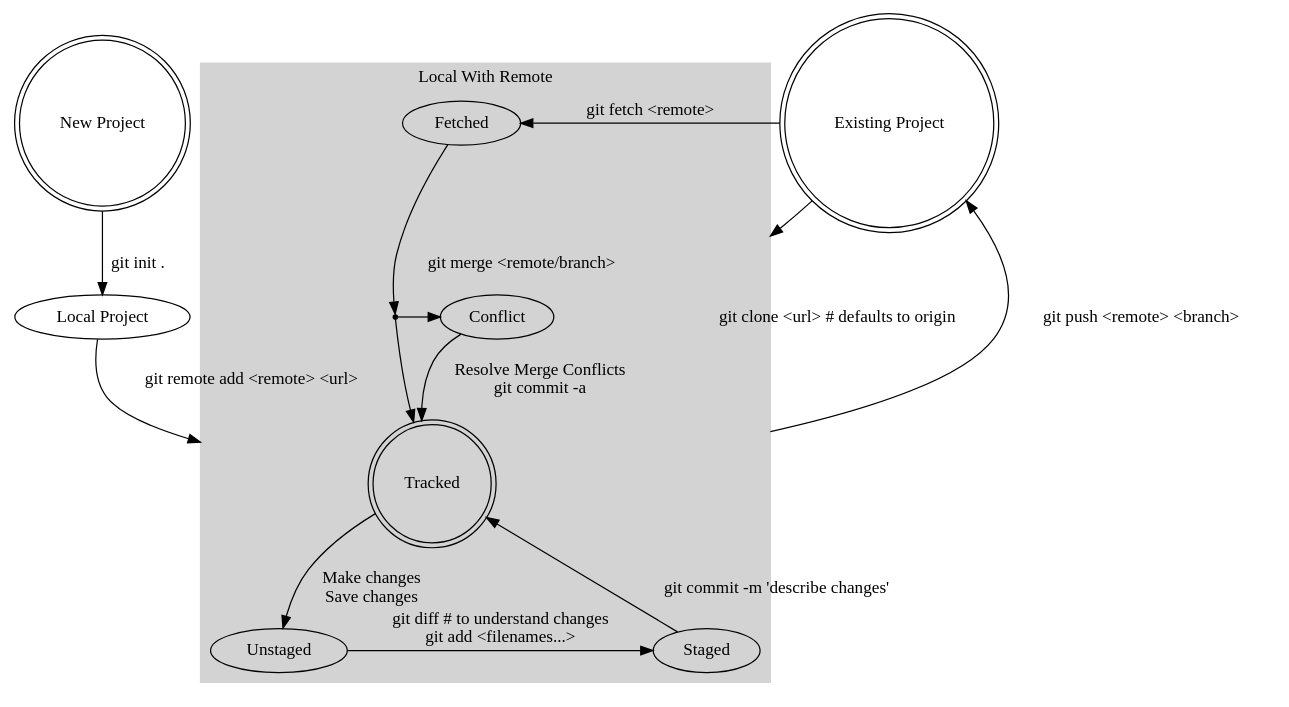
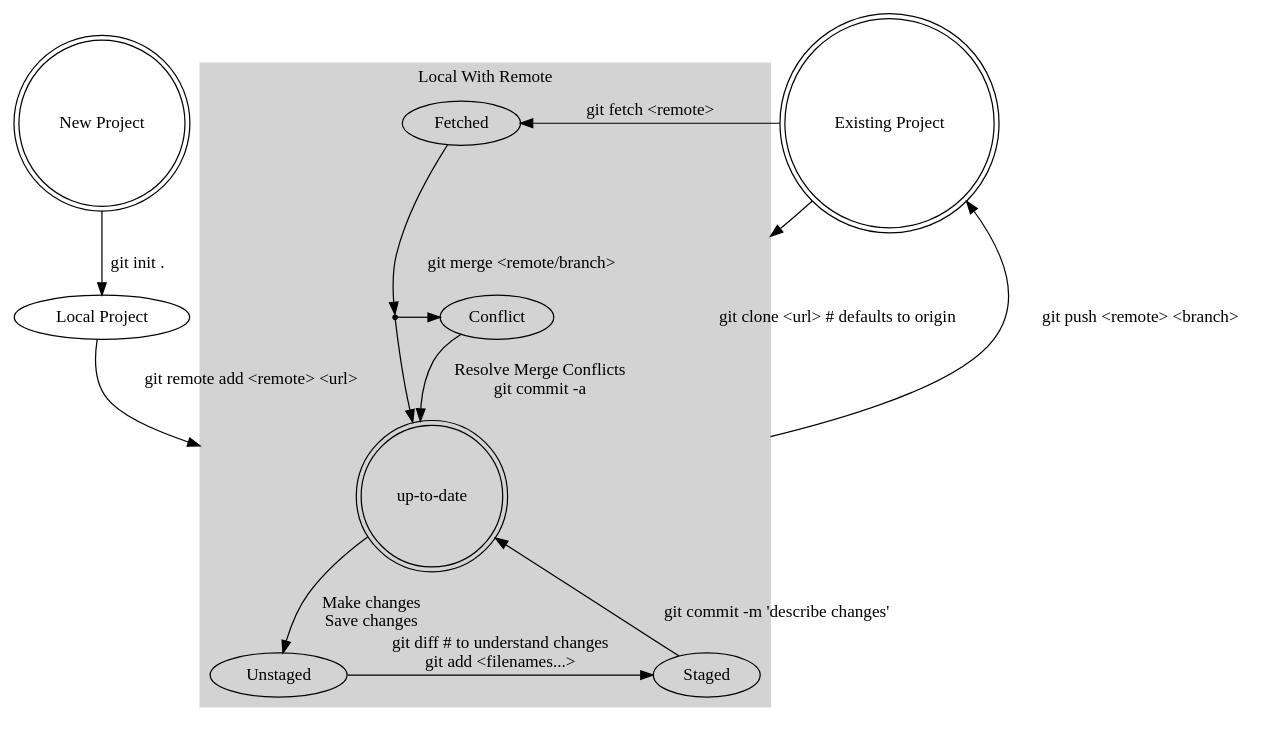
One commit to probinso/introduction-git changed the diagram in git.dot. Above: the diagram before and after it, drawn with Graphviz. The commit also changed 1 other file, not shown here.

```diff
--- a/git.dot
+++ b/git.dot
@@ -1,39 +1,39 @@
 digraph G {
         aize = "4,4"
         compound=true;
         {
                 NewProject[label="New Project", shape=doublecircle];
                 ExistingProject[label="Existing Project", shape=doublecircle];
                 rank=same;
                 };
 
         Local[label="Local Project"];
         subgraph cluster0 {
                 label="Local With Remote";
                 color=lightgray;
                 style=filled;
-                Tracked [shape=doublecircle];
+                UpToDate [shape=doublecircle, label="up-to-date"];
                 {Unstaged; Staged; rank=same;};
 
-                Tracked -> Unstaged [label="Make changes\nSave changes"];
+                UpToDate -> Unstaged [label="Make changes\nSave changes"];
                 Unstaged -> Staged [label="git diff # to understand changes\ngit add <filenames...>"];
-                Staged -> Tracked [label="git commit -m 'describe changes'"];
+                Staged -> UpToDate [label="git commit -m 'describe changes'"];
 
                 {Conflict; Point[shape=point, label=""];
                         rank=same;
                         }
 
                 Fetched -> Point [label="git merge <remote/branch>"];
-                Point -> {Conflict, Tracked}
-                Conflict -> Tracked [label="Resolve Merge Conflicts\ngit commit -a"];
+                Point -> {Conflict, UpToDate}
+                Conflict -> UpToDate [label="Resolve Merge Conflicts\ngit commit -a"];
                 };
-                Local -> Tracked [
+                Local -> UpToDate [
                                   label="git remote add <remote> <url>",
                                   lhead=cluster0];
                 NewProject -> Local [label="git init ."];
-                ExistingProject -> Tracked [
+                ExistingProject -> UpToDate [
                                             label="git clone <url> # defaults to origin"
                                             lhead=cluster0];
-                Tracked -> ExistingProject [label="git push <remote> <branch>", ltail=cluster0];
+                UpToDate -> ExistingProject [label="git push <remote> <branch>", ltail=cluster0];
                 ExistingProject -> Fetched [label="git fetch <remote>"];
 }
```
